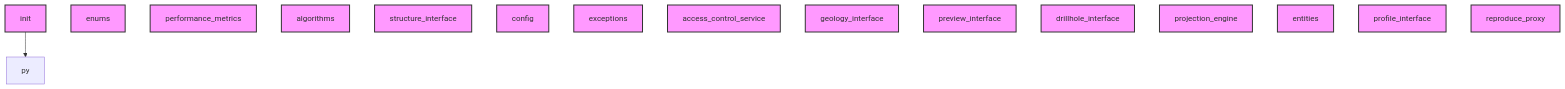
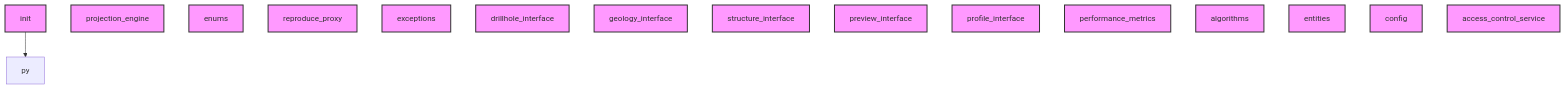
The diagram in AI_CONTEXT.md (geociencio/sec_interp), drawn with Mermaid before and after one commit. The commit also changed other lines of this file and 6 other files, not shown here.

````diff
--- a/AI_CONTEXT.md
+++ b/AI_CONTEXT.md
@@ -104,45 +104,45 @@
 ```mermaid
 graph TD
     init --> py
     classDef module fill:#f9f,stroke:#333,stroke-width:2px;
+    projection_engine
+    class projection_engine module;
+    init
+    class init module;
+    init
+    class init module;
     enums
     class enums module;
+    reproduce_proxy
+    class reproduce_proxy module;
+    exceptions
+    class exceptions module;
+    drillhole_interface
+    class drillhole_interface module;
+    geology_interface
+    class geology_interface module;
+    structure_interface
+    class structure_interface module;
+    preview_interface
+    class preview_interface module;
+    init
+    class init module;
+    profile_interface
+    class profile_interface module;
+    init
+    class init module;
     performance_metrics
     class performance_metrics module;
     init
     class init module;
     algorithms
     class algorithms module;
-    structure_interface
-    class structure_interface module;
+    entities
+    class entities module;
     config
     class config module;
-    exceptions
-    class exceptions module;
     access_control_service
     class access_control_service module;
-    geology_interface
-    class geology_interface module;
-    preview_interface
-    class preview_interface module;
-    drillhole_interface
-    class drillhole_interface module;
-    projection_engine
-    class projection_engine module;
-    entities
-    class entities module;
     init
     class init module;
-    init
-    class init module;
-    init
-    class init module;
-    init
-    class init module;
-    init
-    class init module;
-    profile_interface
-    class profile_interface module;
-    reproduce_proxy
-    class reproduce_proxy module;
 ```
````
